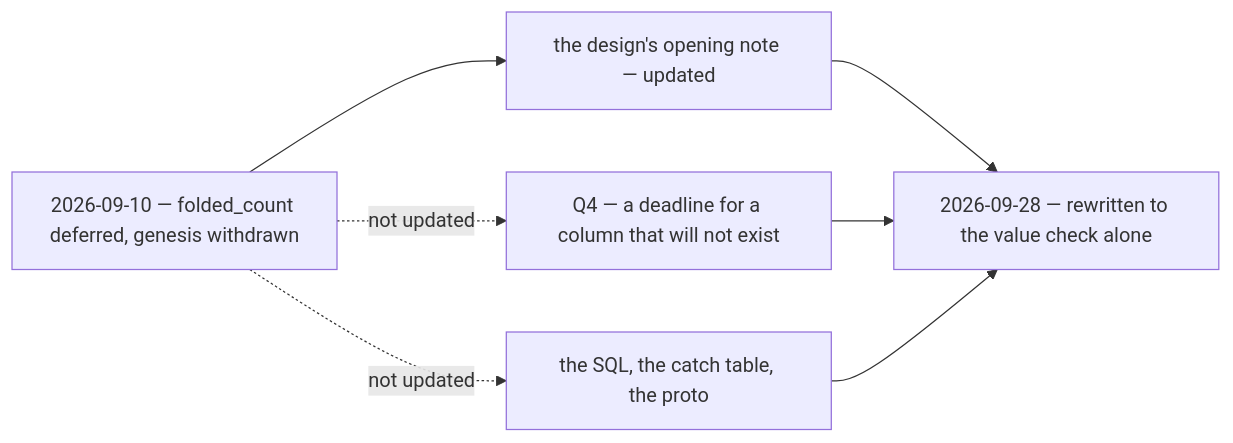
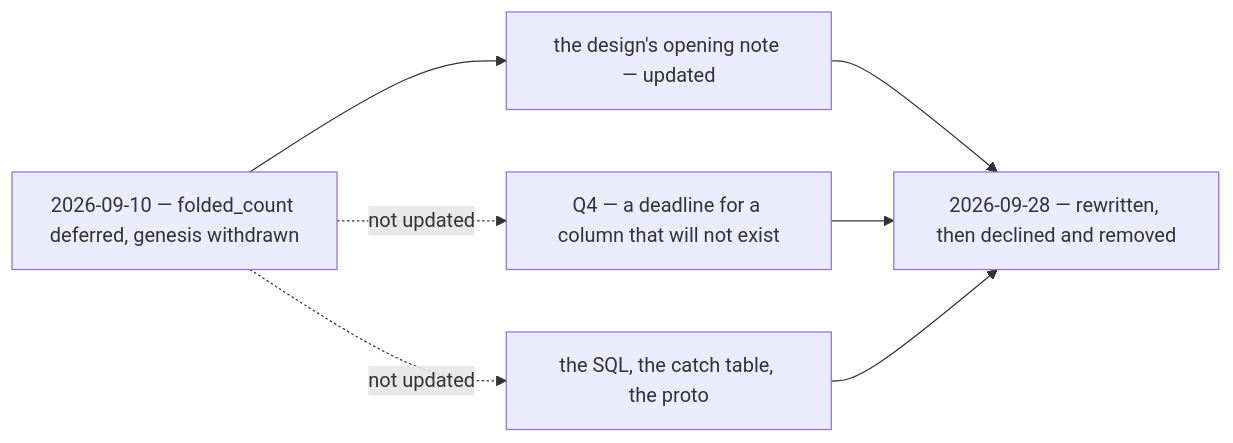
Diagram 36 of 36 in docs/business/settlement/analytic_context_clarify.md (pdcgo/warehouse_revamp), drawn with Mermaid before and after one commit. The commit also changed other lines of this file and 5 other files, not shown here.

````diff
--- a/docs/business/settlement/analytic_context_clarify.md
+++ b/docs/business/settlement/analytic_context_clarify.md
@@ -1900,9 +1766,9 @@
 ```mermaid
 flowchart LR
   D["2026-09-10 — folded_count deferred, genesis withdrawn"] --> N["the design's opening note — updated"]
   D -.->|"not updated"| Q["Q4 — a deadline for a column that will not exist"]
   D -.->|"not updated"| S["the SQL, the catch table, the proto"]
-  N --> F["2026-09-28 — rewritten to the value check alone"]
+  N --> F["2026-09-28 — rewritten, then declined and removed"]
   Q --> F
   S --> F
 ```
````
